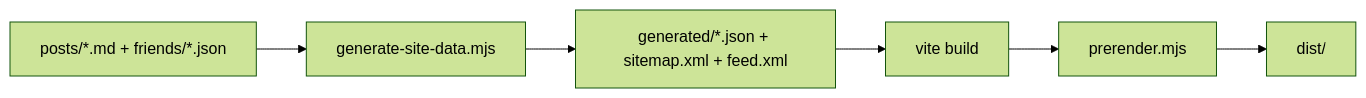
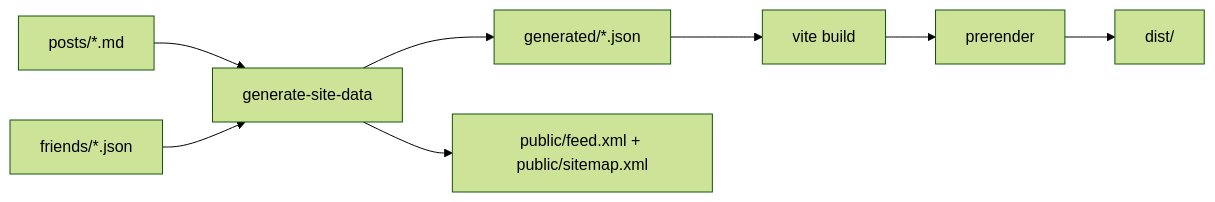
One commit to ououduck/D-blog changed the diagram in README.md. Above: the diagram before and after it, drawn with Mermaid (forest theme). The commit also changed other lines of this file and 25 other files, not shown here.

````diff
--- a/README.md
+++ b/README.md
@@ -209,8 +258,10 @@
 ```mermaid
 graph LR
-    A[posts/*.md + friends/*.json] --> B[generate-site-data.mjs]
-    B --> C[generated/*.json + sitemap.xml + feed.xml]
-    C --> D[vite build]
-    D --> E[prerender.mjs]
-    E --> F[dist/]
+  A[posts/*.md] --> B[generate-site-data]
+  C[friends/*.json] --> B
+  B --> D[generated/*.json]
+  B --> E[public/feed.xml + public/sitemap.xml]
+  D --> F[vite build]
+  F --> G[prerender]
+  G --> H[dist/]
 ```
````
